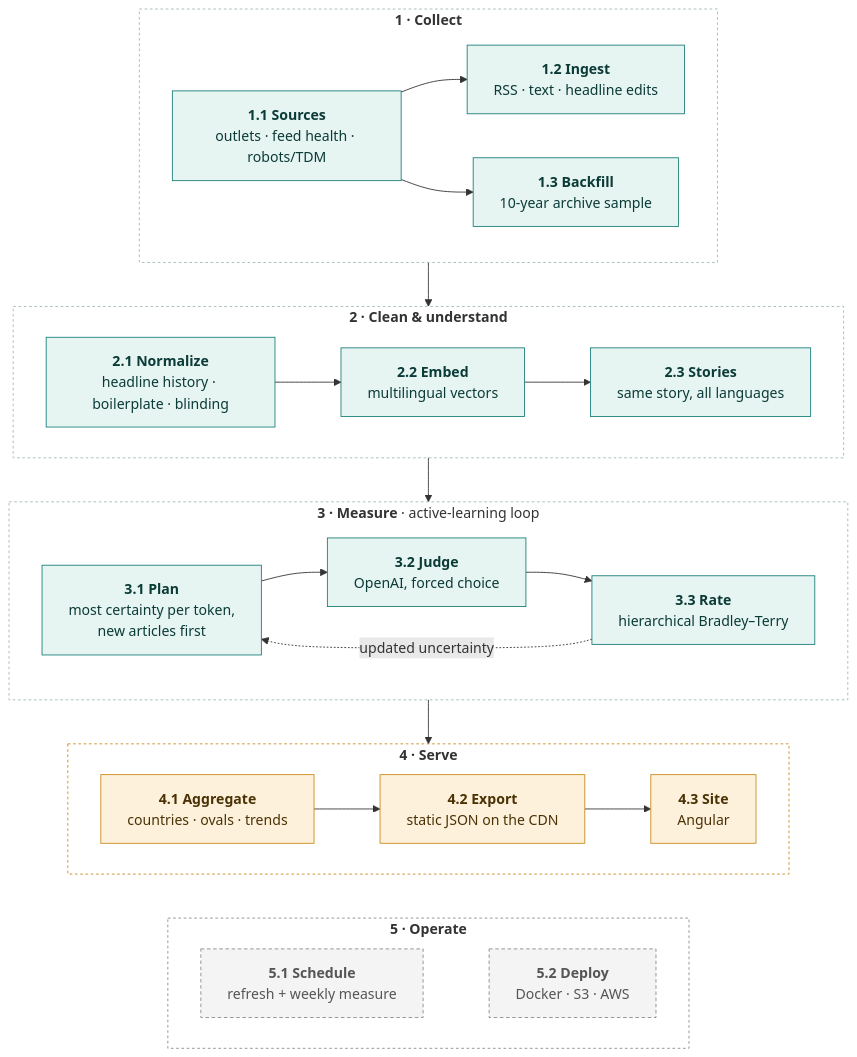
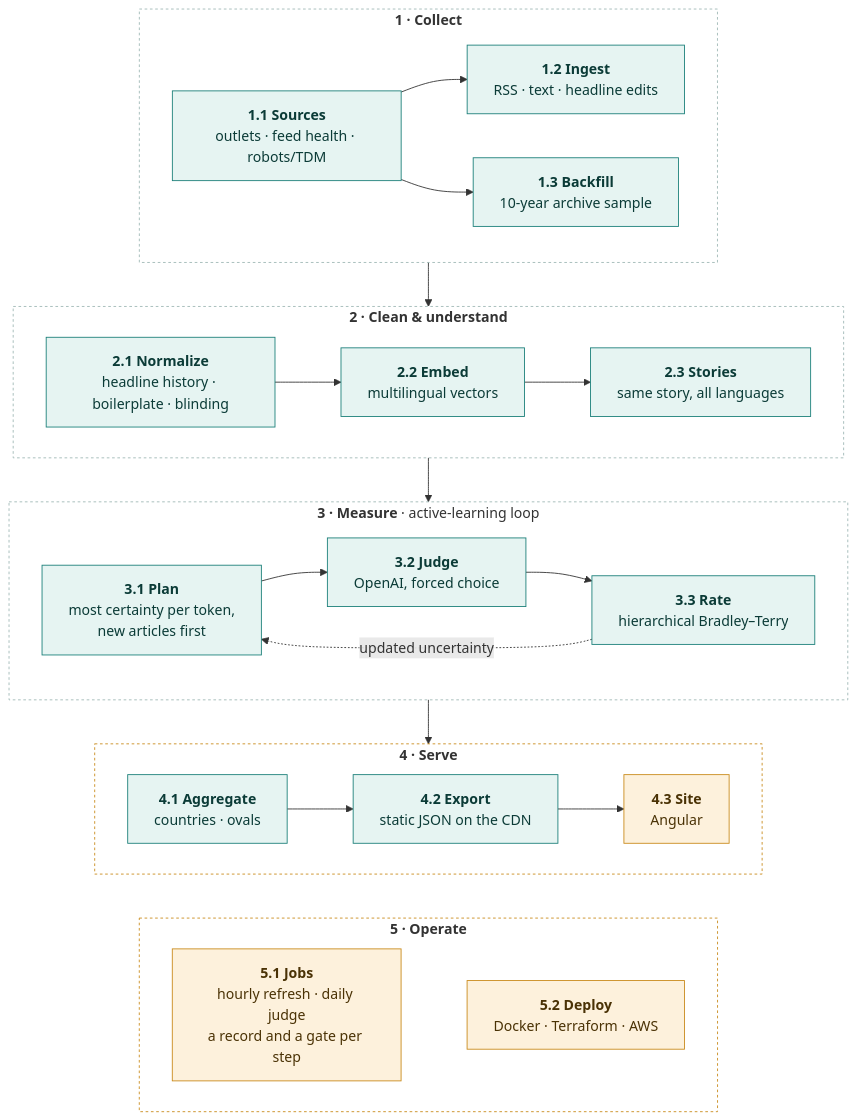
The diagram in README.md (axelsolhall/BasedNews), drawn with Mermaid before and after one commit. The commit also changed other lines of this file and 45 other files, not shown here.

````diff
--- a/README.md
+++ b/README.md
@@ -29,39 +31,38 @@
 ```mermaid
 flowchart TB
   subgraph S1["<b>1 · Collect</b>"]
     direction LR
     s11["<b>1.1 Sources</b><br/>outlets · feed health · robots/TDM"] --> s12["<b>1.2 Ingest</b><br/>RSS · text · headline edits"]
     s11 --> s13["<b>1.3 Backfill</b><br/>10-year archive sample"]
   end
   subgraph S2["<b>2 · Clean & understand</b>"]
     direction LR
     s21["<b>2.1 Normalize</b><br/>headline history · boilerplate · blinding"] --> s22["<b>2.2 Embed</b><br/>multilingual vectors"] --> s23["<b>2.3 Stories</b><br/>same story, all languages"]
   end
   subgraph S3["<b>3 · Measure</b> · active-learning loop"]
     direction LR
     s31["<b>3.1 Plan</b><br/>most certainty per token,<br/>new articles first"] --> s32["<b>3.2 Judge</b><br/>OpenAI, forced choice"] --> s33["<b>3.3 Rate</b><br/>hierarchical Bradley–Terry"]
     s33 -. updated uncertainty .-> s31
   end
   subgraph S4["<b>4 · Serve</b>"]
     direction LR
-    s41["<b>4.1 Aggregate</b><br/>countries · ovals · trends"] --> s42["<b>4.2 Export</b><br/>static JSON on the CDN"] --> s43["<b>4.3 Site</b><br/>Angular"]
+    s41["<b>4.1 Aggregate</b><br/>countries · ovals"] --> s42["<b>4.2 Export</b><br/>static JSON on the CDN"] --> s43["<b>4.3 Site</b><br/>Angular"]
   end
   subgraph S5["<b>5 · Operate</b>"]
     direction LR
-    s51["<b>5.1 Schedule</b><br/>refresh + weekly measure"] ~~~ s52["<b>5.2 Deploy</b><br/>Docker · S3 · AWS"]
+    s51["<b>5.1 Jobs</b><br/>hourly refresh · daily judge<br/>a record and a gate per step"] ~~~ s52["<b>5.2 Deploy</b><br/>Docker · Terraform · AWS"]
   end
   S1 --> S2 --> S3 --> S4
   S4 ~~~ S5
 
   classDef real fill:#e6f4f2,stroke:#1b7f79,stroke-width:1px,color:#0b3b37
   classDef sim fill:#fdf1dc,stroke:#c98a1b,stroke-width:1px,color:#4a3205
   classDef todo fill:#f4f4f4,stroke:#8a8a8a,stroke-width:1px,stroke-dasharray:4 3,color:#555
-  class s11,s12,s13,s21,s22,s23,s31,s32,s33 real
-  class s41,s42,s43 sim
-  class s51,s52 todo
+  class s11,s12,s13,s21,s22,s23,s31,s32,s33,s41,s42 real
+  class s43,s51,s52 sim
   style S1 fill:transparent,stroke:#9fb8b5,stroke-dasharray:3 3
   style S2 fill:transparent,stroke:#9fb8b5,stroke-dasharray:3 3
   style S3 fill:transparent,stroke:#9fb8b5,stroke-dasharray:3 3
   style S4 fill:transparent,stroke:#c98a1b,stroke-dasharray:3 3
-  style S5 fill:transparent,stroke:#8a8a8a,stroke-dasharray:3 3
+  style S5 fill:transparent,stroke:#c98a1b,stroke-dasharray:3 3
 ```
````
